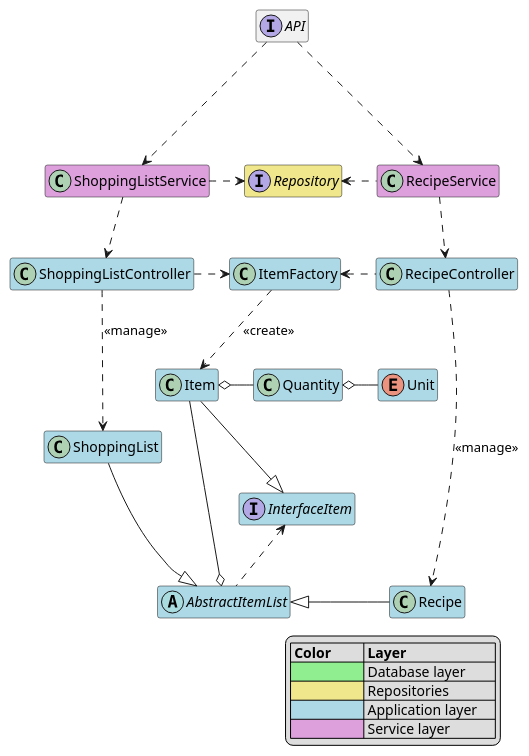
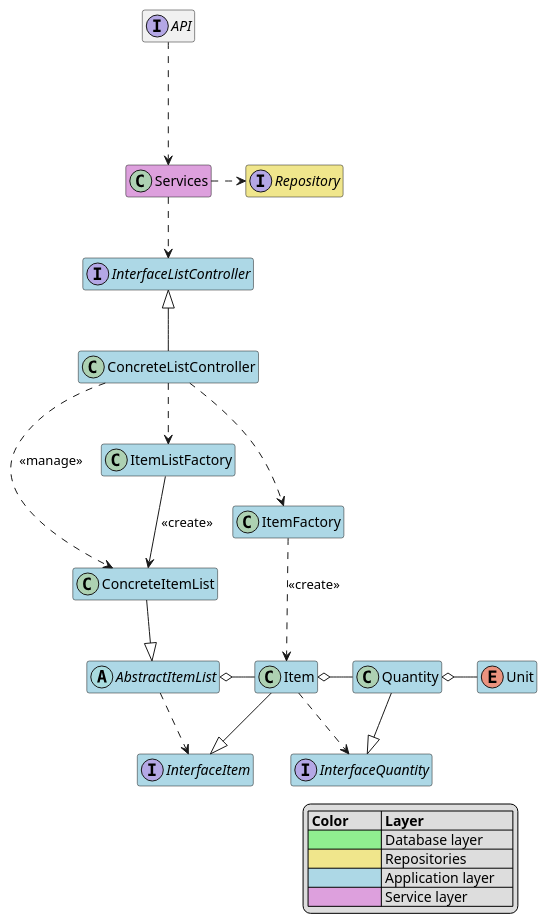
One commit to Uhgtred/Recipe_Shopping_List changed the diagram in Architecture/Application/BlackboxViewApplication.puml. Above: the diagram before and after it, drawn with PlantUML. The commit also changed other lines of this file and 16 other files, not shown here.

First line of the commit message:
Refactor Item and ItemFactory, add Quantity and Unit classes.

```diff
--- a/Architecture/Application/BlackboxViewApplication.puml
+++ b/Architecture/Application/BlackboxViewApplication.puml
@@ -1,60 +1,59 @@
 @startuml
 hide empty members
 
 
 interface API
-API ...> ShoppingListService
-API ...> RecipeService
+API ...> Services
 
+interface InterfaceListController #lightblue
 
-class ShoppingListController #lightblue
-ShoppingListController .d.> ShoppingList: <<manage>>
-ShoppingListController .r.> ItemFactory
+class ConcreteListController #lightblue
+ConcreteListController ..> ConcreteItemList: <<manage>>
+ConcreteListController ..> ItemFactory
+ConcreteListController -u-|> InterfaceListController
+ConcreteListController ..> ItemListFactory
 
 interface InterfaceItem #lightblue
 
+interface InterfaceQuantity #lightblue
+
 abstract class AbstractItemList #lightblue
-AbstractItemList o-u- Item
-AbstractItemList .u.> InterfaceItem
+AbstractItemList o-r- Item
+AbstractItemList ..> InterfaceItem
 
 class Quantity #lightblue
-Quantity -o Item
+Quantity -lo Item
+Quantity --|> InterfaceQuantity
 
 enum Unit #lightblue
 Unit -lo Quantity
 
-class RecipeController #lightblue
-RecipeController .d.> Recipe: <<manage>>
-RecipeController .l.> ItemFactory
+class ItemListFactory #lightblue
+ItemListFactory --> ConcreteItemList: <<create>>
 
-class Recipe #lightblue
-Recipe -l-|> AbstractItemList
-
-class ShoppingList #lightblue
-ShoppingList --|> AbstractItemList
+class ConcreteItemList #lightblue
+ConcreteItemList --|> AbstractItemList
 
 class ItemFactory #lightblue
 ItemFactory ..> Item: <<create>>
 
 class Item #lightblue
 Item --|> InterfaceItem
+Item ..> InterfaceQuantity
 
 interface Repository #khaki
 
-class ShoppingListService #plum
-ShoppingListService .r.> Repository
-ShoppingListService ..> ShoppingListController
+class Services #plum
+Services .r.> Repository
+Services ..> InterfaceListController
 
-class RecipeService #plum
-RecipeService ..> RecipeController
-RecipeService .l.> Repository
 
 
 legend bottom right
 | **Color**         | **Layer**             |
 | <#lightgreen>     | Database layer        |
 | <#khaki>          | Repositories          |
 | <#lightblue>      | Application layer     |
 | <#plum>           | Service layer         |
 end legend
 @enduml
```
